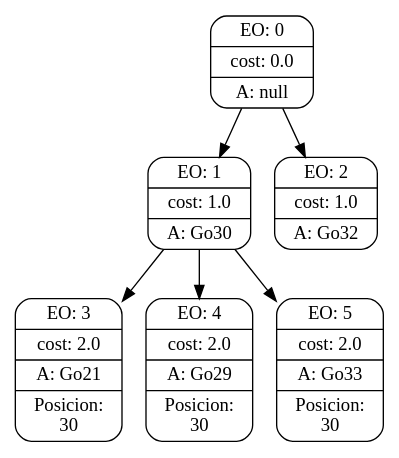
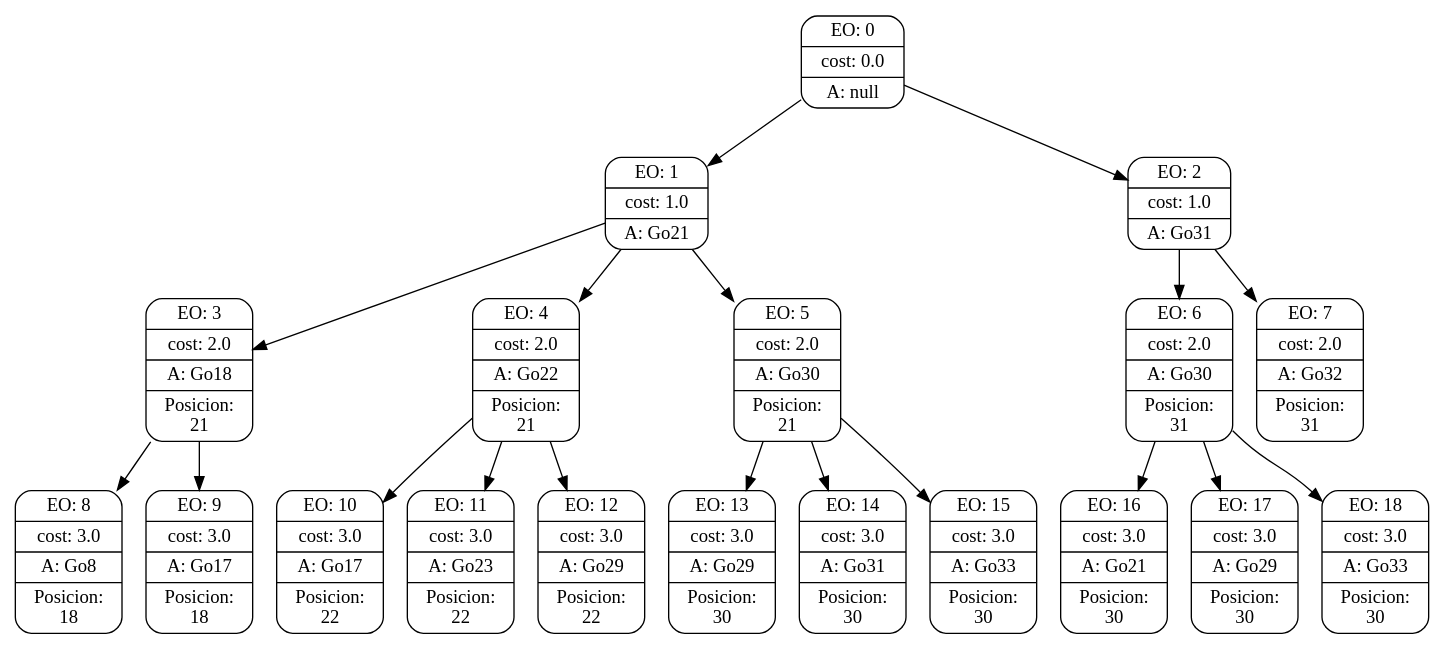
The diagram in searchGVTrees/9.dot (lniklison/TP-Inteligencia-artificial), drawn with Graphviz before and after one commit. The commit also changed 25 other files, not shown here.

```diff
--- a/searchGVTrees/9.dot
+++ b/searchGVTrees/9.dot
@@ -1,21 +1,60 @@
 digraph g {
 node [shape = Mrecord];
 nodo0[label="{EO: 0|cost: 0.0|A: null}"]
-nodo1[label="{EO: 1|cost: 1.0|A: Go30}"]
-nodo3[label="{EO: 3|cost: 2.0|A: Go21|Posicion:\n30}"]
+nodo1[label="{EO: 1|cost: 1.0|A: Go21}"]
+nodo3[label="{EO: 3|cost: 2.0|A: Go18|Posicion:\n21}"]
+nodo8[label="{EO: 8|cost: 3.0|A: Go8|Posicion:\n18}"]
+
+nodo3 -> nodo8;
+nodo9[label="{EO: 9|cost: 3.0|A: Go17|Posicion:\n18}"]
+
+nodo3 -> nodo9;
 
 nodo1 -> nodo3;
-nodo4[label="{EO: 4|cost: 2.0|A: Go29|Posicion:\n30}"]
+nodo4[label="{EO: 4|cost: 2.0|A: Go22|Posicion:\n21}"]
+nodo10[label="{EO: 10|cost: 3.0|A: Go17|Posicion:\n22}"]
+
+nodo4 -> nodo10;
+nodo11[label="{EO: 11|cost: 3.0|A: Go23|Posicion:\n22}"]
+
+nodo4 -> nodo11;
+nodo12[label="{EO: 12|cost: 3.0|A: Go29|Posicion:\n22}"]
+
+nodo4 -> nodo12;
 
 nodo1 -> nodo4;
-nodo5[label="{EO: 5|cost: 2.0|A: Go33|Posicion:\n30}"]
+nodo5[label="{EO: 5|cost: 2.0|A: Go30|Posicion:\n21}"]
+nodo13[label="{EO: 13|cost: 3.0|A: Go29|Posicion:\n30}"]
+
+nodo5 -> nodo13;
+nodo14[label="{EO: 14|cost: 3.0|A: Go31|Posicion:\n30}"]
+
+nodo5 -> nodo14;
+nodo15[label="{EO: 15|cost: 3.0|A: Go33|Posicion:\n30}"]
+
+nodo5 -> nodo15;
 
 nodo1 -> nodo5;
 
 nodo0 -> nodo1;
-nodo2[label="{EO: 2|cost: 1.0|A: Go32}"]
+nodo2[label="{EO: 2|cost: 1.0|A: Go31}"]
+nodo6[label="{EO: 6|cost: 2.0|A: Go30|Posicion:\n31}"]
+nodo16[label="{EO: 16|cost: 3.0|A: Go21|Posicion:\n30}"]
+
+nodo6 -> nodo16;
+nodo17[label="{EO: 17|cost: 3.0|A: Go29|Posicion:\n30}"]
+
+nodo6 -> nodo17;
+nodo18[label="{EO: 18|cost: 3.0|A: Go33|Posicion:\n30}"]
+
+nodo6 -> nodo18;
+
+nodo2 -> nodo6;
+nodo7[label="{EO: 7|cost: 2.0|A: Go32|Posicion:\n31}"]
+
+nodo2 -> nodo7;
 
 nodo0 -> nodo2;
 
 
 }
```
